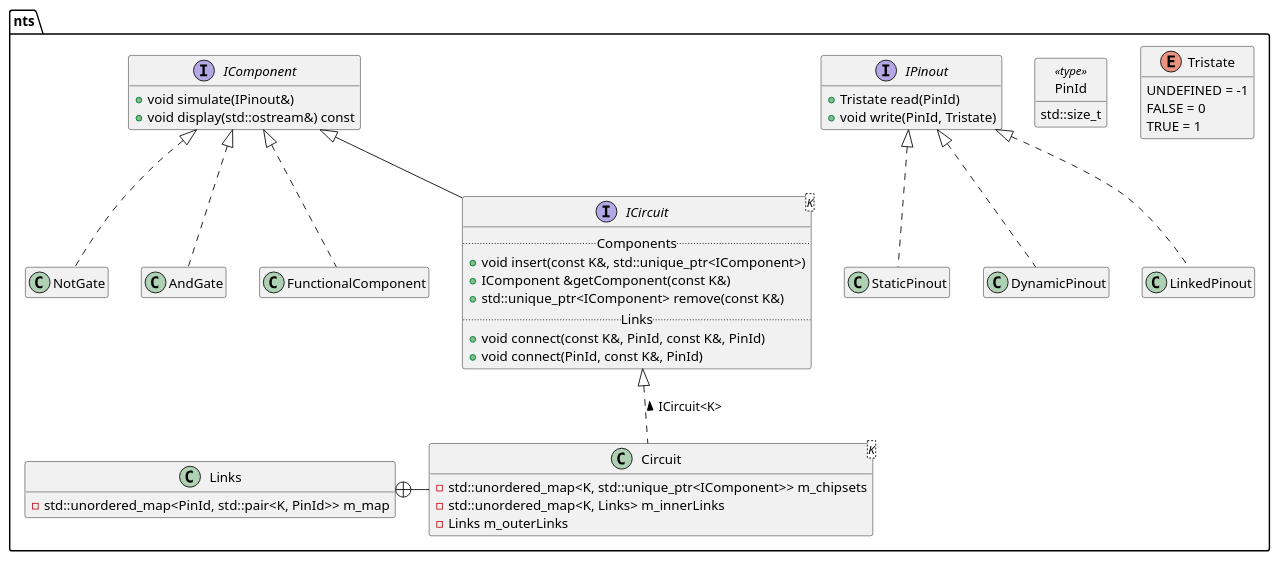
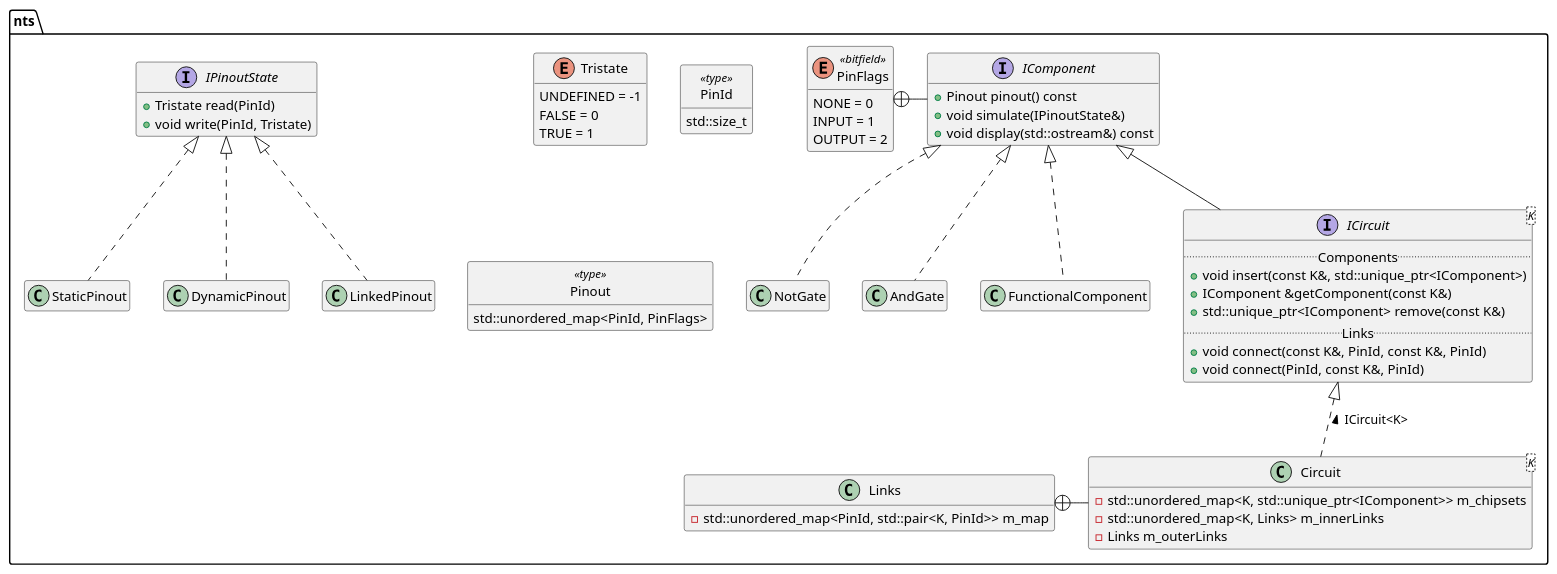
Before and after one commit to nasso/nano: the diagram in docs/nts.puml, drawn with PlantUML.

Commit message:
Separate IPinout and Pinout

```diff
--- a/docs/nts.puml
+++ b/docs/nts.puml
@@ -1,59 +1,71 @@
 @startuml NanoTekSpice
 
 set namespaceSeparator ::
 hide empty members
 hide <<type>> circle
 
 namespace nts {
 
 enum Tristate {
     UNDEFINED = -1
     FALSE = 0
     TRUE = 1
 }
 
 class PinId <<type>> {
     std::size_t
 }
 
-interface IPinout {
+interface IPinoutState {
     + Tristate read(PinId)
     + void write(PinId, Tristate)
 }
-IPinout <|.. StaticPinout
-IPinout <|.. DynamicPinout
-IPinout <|.. LinkedPinout
+IPinoutState <|.. StaticPinout
+IPinoutState <|.. DynamicPinout
+IPinoutState <|.. LinkedPinout
+
+enum PinFlags <<bitfield>> {
+    NONE = 0
+    INPUT = 1
+    OUTPUT = 2
+}
+
+class Pinout <<type>> {
+    std::unordered_map<PinId, PinFlags>
+}
 
 interface IComponent {
-    + void simulate(IPinout&)
+    + Pinout pinout() const
+    + void simulate(IPinoutState&)
     + void display(std::ostream&) const
 }
+PinFlags +- IComponent
 IComponent <|.. NotGate
 IComponent <|.. AndGate
 IComponent <|.. FunctionalComponent
 
 interface ICircuit<K> {
     .. Components ..
     + void insert(const K&, std::unique_ptr<IComponent>)
     + IComponent &getComponent(const K&)
     + std::unique_ptr<IComponent> remove(const K&)
     .. Links ..
     + void connect(const K&, PinId, const K&, PinId)
     + void connect(PinId, const K&, PinId)
 }
 IComponent <|-- ICircuit
 
 ' Example classes
 class Links {
     - std::unordered_map<PinId, std::pair<K, PinId>> m_map
 }
 
 class Circuit<K> {
     - std::unordered_map<K, std::unique_ptr<IComponent>> m_chipsets
     - std::unordered_map<K, Links> m_innerLinks
     - Links m_outerLinks
 }
 Links +- Circuit
 ICircuit <|.. Circuit : < ICircuit<K>
 
 @enduml
```
